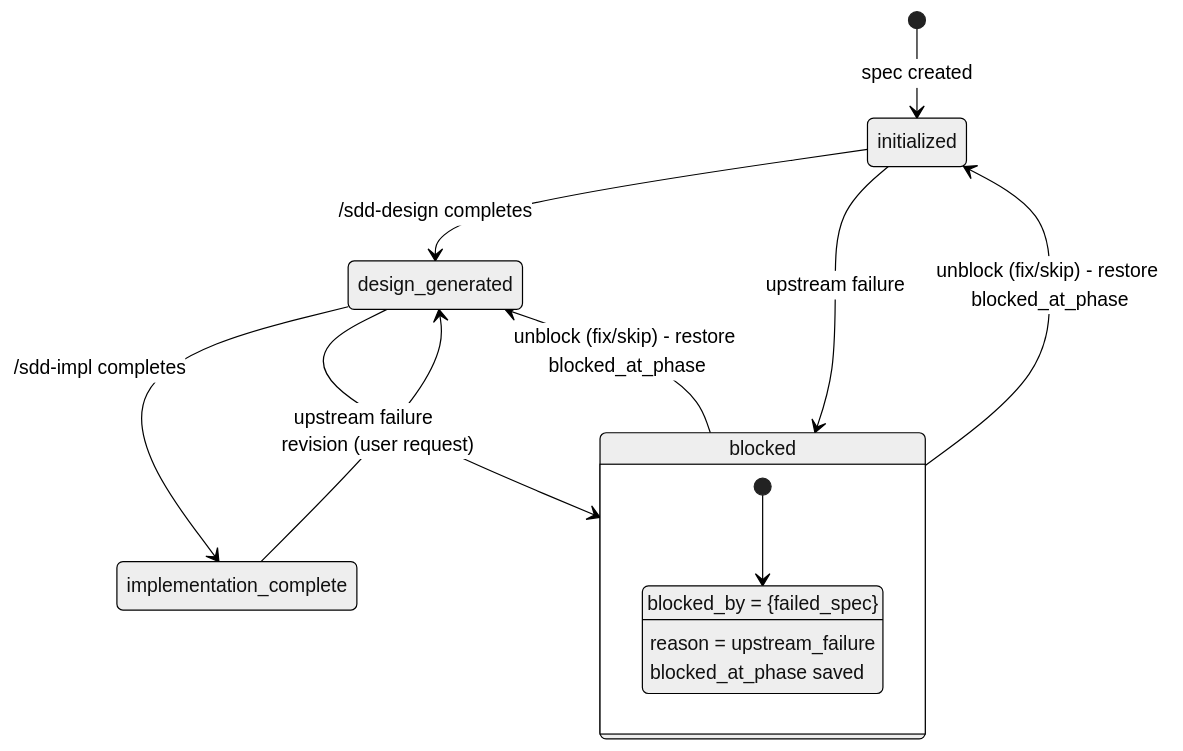
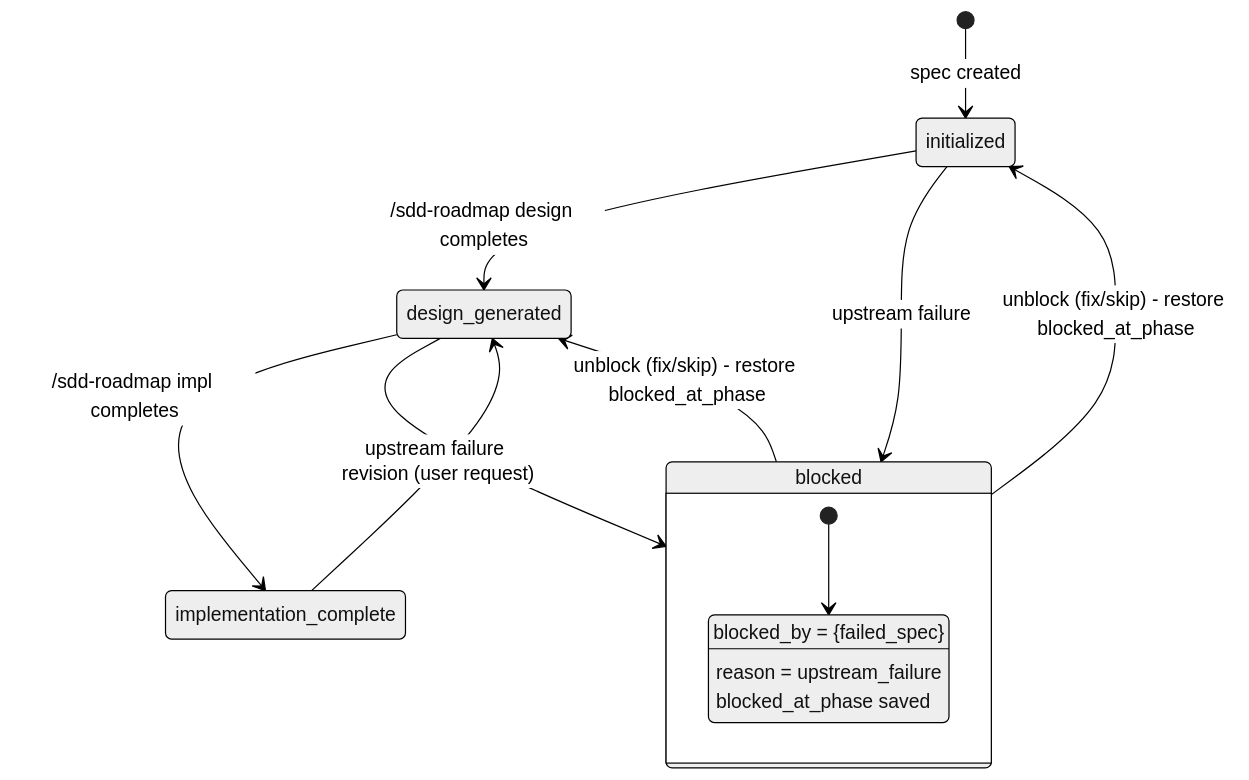
Before and after one commit to sync-dev-org/sync-sdd: the second of 4 diagrams in .claude/sdd/project/specs/core-architecture/design.md, drawn with Mermaid (neutral theme). The commit also changed other lines of this file and 32 other files, not shown here.

````diff
--- a/.claude/sdd/project/specs/core-architecture/design.md
+++ b/.claude/sdd/project/specs/core-architecture/design.md
@@ -233,18 +225,18 @@
 ```mermaid
 stateDiagram-v2
     [*] --> initialized : spec created
-    initialized --> design_generated : /sdd-design completes
-    design_generated --> implementation_complete : /sdd-impl completes
+    initialized --> design_generated : /sdd-roadmap design completes
+    design_generated --> implementation_complete : /sdd-roadmap impl completes
     implementation_complete --> design_generated : revision (user request)
     initialized --> blocked : upstream failure
     design_generated --> blocked : upstream failure
     blocked --> initialized : unblock (fix/skip) - restore blocked_at_phase
     blocked --> design_generated : unblock (fix/skip) - restore blocked_at_phase
 
     state blocked {
         [*] --> waiting
         waiting : blocked_by = {failed_spec}
         waiting : reason = upstream_failure
         waiting : blocked_at_phase saved
     }
 ```
````
